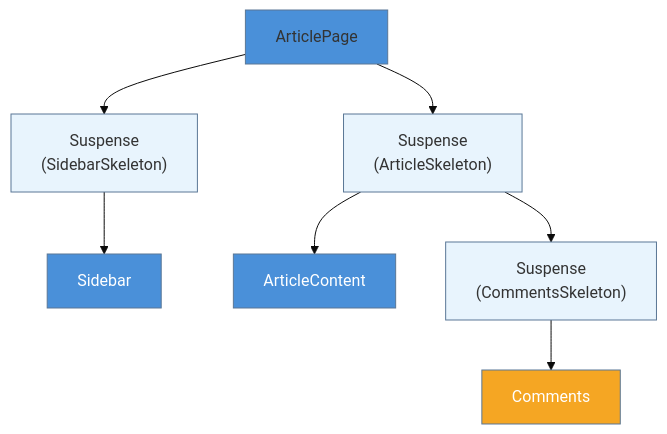
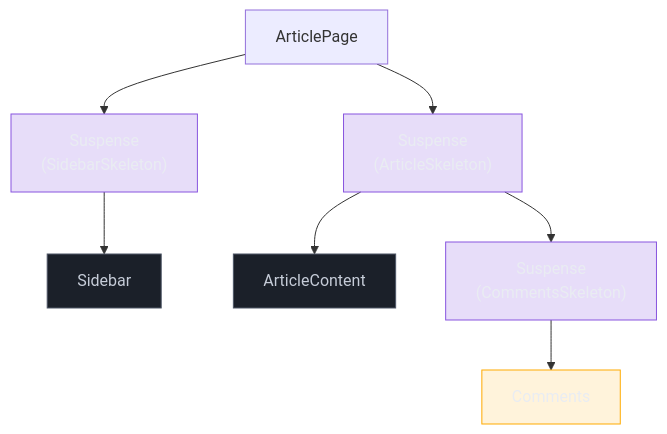
The first of 3 diagrams in 03-Dominios/Tecnologia/React/React core/19 - Suspense e data fetching no cliente.md (josenaldo/codex-technomanticus), drawn with Mermaid before and after one commit. The commit also changed other lines of this file and 1181 other files, not shown here.

First line of the commit message:
fix(diagramas): paleta do sistema no lugar de cor cravada no markdown

````diff
--- a/03-Dominios/Tecnologia/React/React core/19 - Suspense e data fetching no cliente.md
+++ b/03-Dominios/Tecnologia/React/React core/19 - Suspense e data fetching no cliente.md
@@ -189,17 +189,19 @@
 ```mermaid
-%%{init: {"theme": "base", "themeVariables": {"primaryColor": "#4A90D9", "edgeLabelBackground": "#fff"}}}%%
 graph TD
+    classDef neutro fill:#1B2029,stroke:#4E5666,color:#C6CCD8
+    classDef destaque fill:#FFAA0024,stroke:#FFAA00,color:#E9ECF2
+    classDef marca fill:#8855DF33,stroke:#8855DF,color:#E9ECF2
     A["ArticlePage"] --> B["Suspense\n(SidebarSkeleton)"]
     A --> C["Suspense\n(ArticleSkeleton)"]
     B --> D["Sidebar"]
     C --> E["ArticleContent"]
     C --> F["Suspense\n(CommentsSkeleton)"]
     F --> G["Comments"]
 
-    style D fill:#4A90D9,color:#fff
-    style E fill:#4A90D9,color:#fff
-    style G fill:#F5A623,color:#fff
-    style B fill:#e8f4fd
-    style C fill:#e8f4fd
-    style F fill:#e8f4fd
+    class D neutro
+    class E neutro
+    class G destaque
+    class B marca
+    class C marca
+    class F marca
 ```
````
